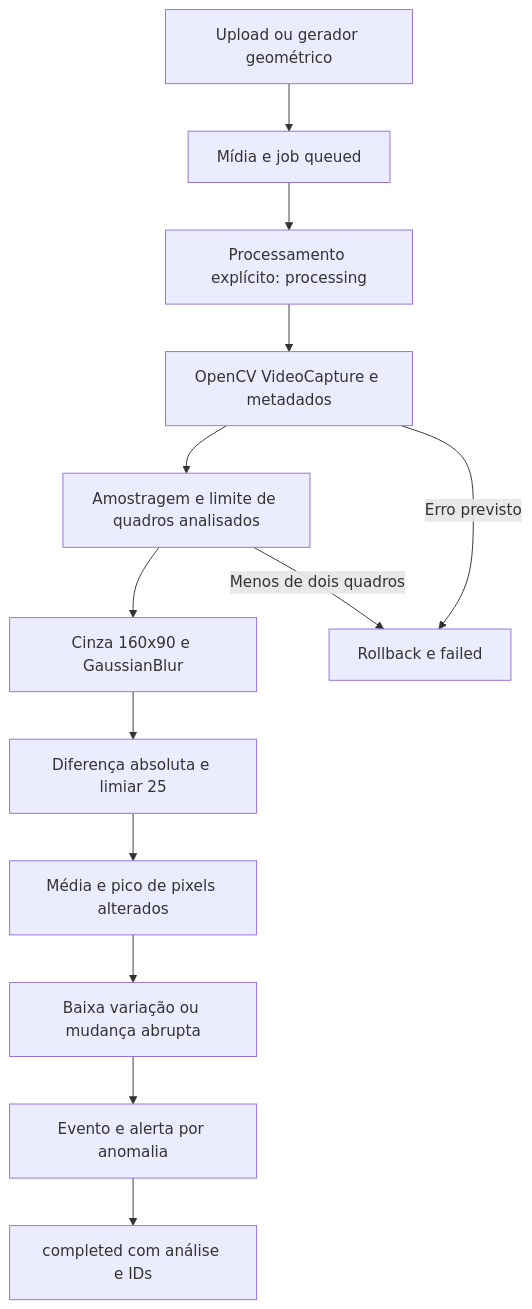
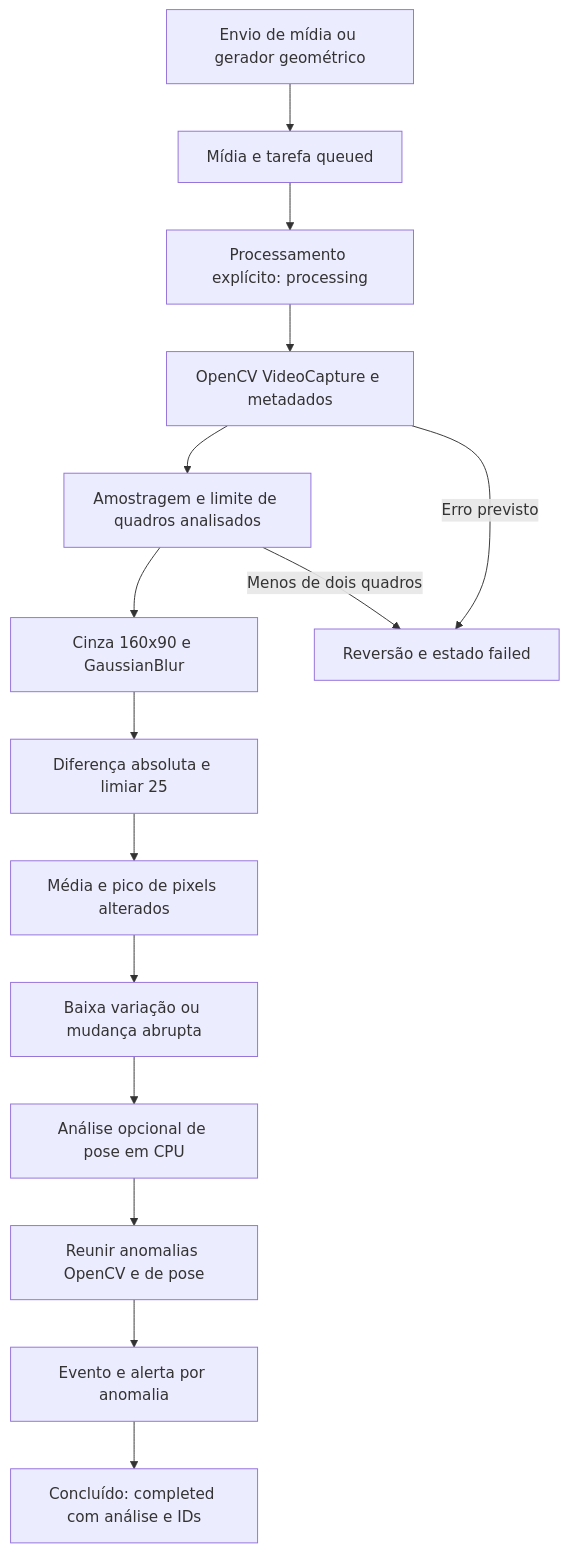
Before and after one commit to mo1sess/tech-challenge-fiap-fase-4: the fourth of 10 diagrams in docs/DIAGRAMS.md, drawn with Mermaid. The commit also changed other lines of this file and 61 other files, not shown here.

````diff
--- a/docs/DIAGRAMS.md
+++ b/docs/DIAGRAMS.md
@@ -77,15 +80,17 @@
 ```mermaid
 flowchart TD
-    IN[Upload ou gerador geométrico] --> JOB[Mídia e job queued]
+    IN[Envio de mídia ou gerador geométrico] --> JOB[Mídia e tarefa queued]
     JOB --> RUN[Processamento explícito: processing]
     RUN --> CV[OpenCV VideoCapture e metadados]
     CV --> SAMPLE[Amostragem e limite de quadros analisados]
     SAMPLE --> GRAY[Cinza 160x90 e GaussianBlur]
     GRAY --> DIFF[Diferença absoluta e limiar 25]
     DIFF --> MET[Média e pico de pixels alterados]
     MET --> RULE[Baixa variação ou mudança abrupta]
-    RULE --> EV[Evento e alerta por anomalia]
-    EV --> OK[completed com análise e IDs]
-    CV -->|Erro previsto| FAIL[Rollback e failed]
+    RULE --> POSE[Análise opcional de pose em CPU]
+    POSE --> COMB[Reunir anomalias OpenCV e de pose]
+    COMB --> EV[Evento e alerta por anomalia]
+    EV --> OK[Concluído: completed com análise e IDs]
+    CV -->|Erro previsto| FAIL[Reversão e estado failed]
     SAMPLE -->|Menos de dois quadros| FAIL
 ```
````
